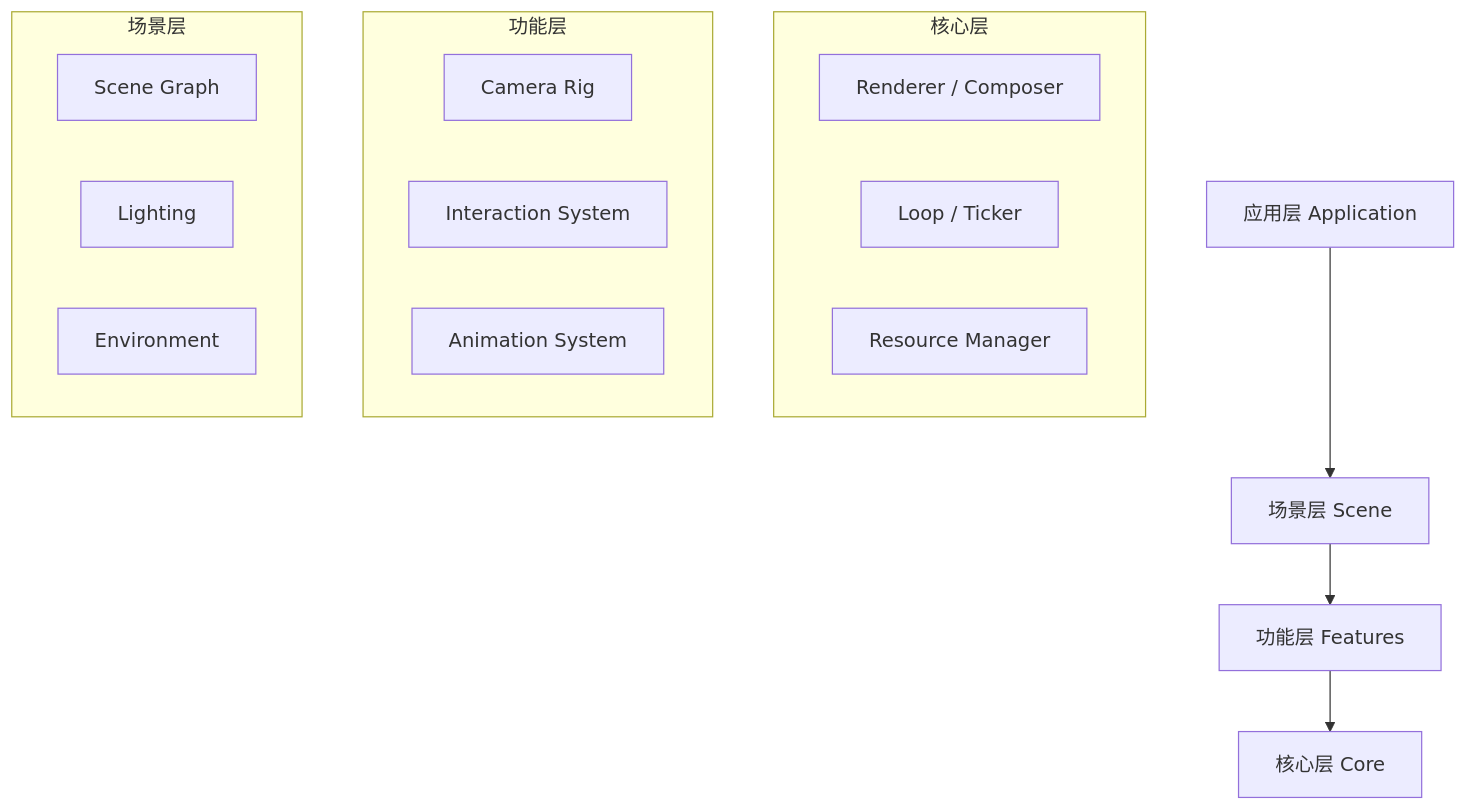
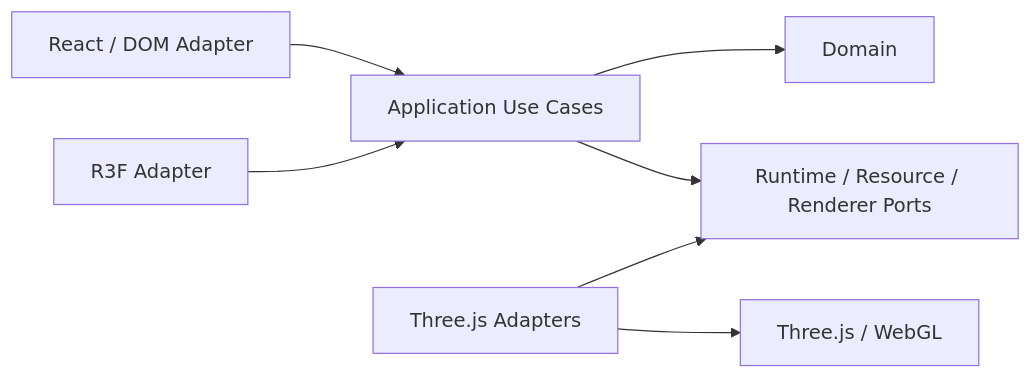
The diagram in posts/threejs/architecture-design.mdx (luxiag/blog), drawn with Mermaid before and after one commit. The commit also changed other lines of this file and 19 other files, not shown here.

````diff
--- a/posts/threejs/architecture-design.mdx
+++ b/posts/threejs/architecture-design.mdx
@@ -24,24 +53,9 @@
 ```mermaid
-graph TD
-    A[应用层 Application] --> B[场景层 Scene]
-    B --> C[功能层 Features]
-    C --> D[核心层 Core]
-    
-    subgraph Core [核心层]
-        D1[Renderer / Composer]
-        D2[Loop / Ticker]
-        D3[Resource Manager]
-    end
-    
-    subgraph Features [功能层]
-        C1[Camera Rig]
-        C2[Interaction System]
-        C3[Animation System]
-    end
-    
-    subgraph Scene [场景层]
-        B1[Scene Graph]
-        B2[Lighting]
-        B3[Environment]
-    end
+graph LR
+  UI[React / DOM Adapter] --> APP[Application Use Cases]
+  R3F[R3F Adapter] --> APP
+  APP --> DOMAIN[Domain]
+  APP --> PORTS[Runtime / Resource / Renderer Ports]
+  THREE[Three.js Adapters] --> PORTS
+  THREE --> LIB[Three.js / WebGL]
 ```
````
